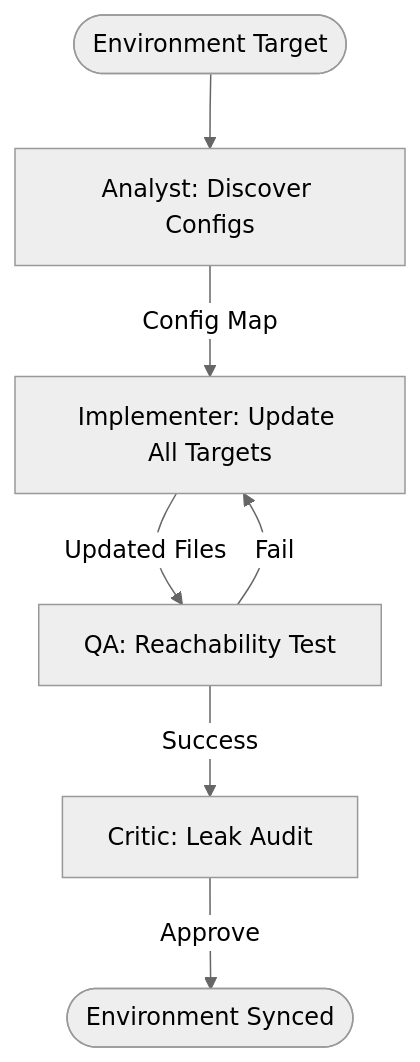
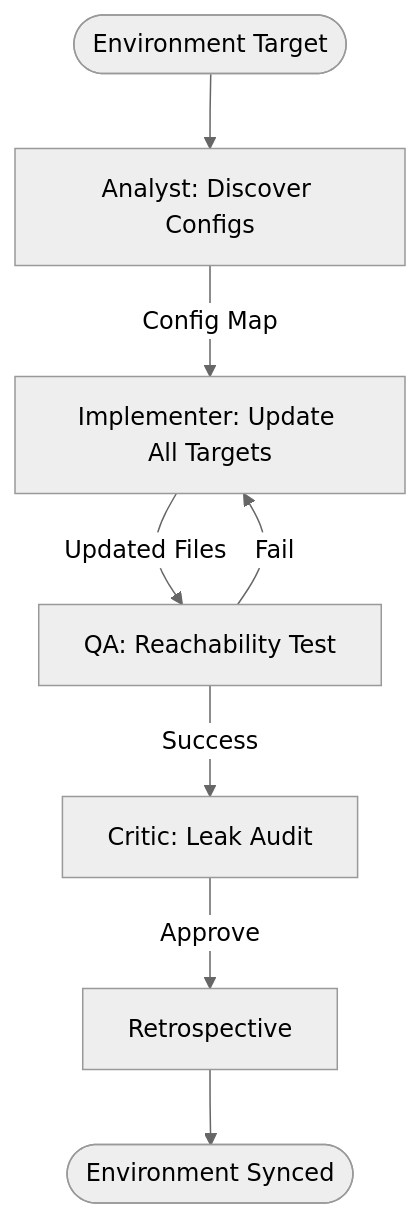
The diagram in custom-agents/workflows/core/EnvSync.workflow.md (seanspiesman/Agents-and-Workflows), drawn with Mermaid (neutral theme) before and after one commit. The commit also changed other lines of this file and 38 other files, not shown here.

````diff
--- a/custom-agents/workflows/core/EnvSync.workflow.md
+++ b/custom-agents/workflows/core/EnvSync.workflow.md
@@ -58,9 +66,10 @@
 ```mermaid
 flowchart TD
     Start([Environment Target]) --> P1[Analyst: Discover Configs]
     P1 -->|Config Map| P2[Implementer: Update All Targets]
     P2 -->|Updated Files| P3[QA: Reachability Test]
     P3 -->|Success| P4[Critic: Leak Audit]
     P3 -->|Fail| P2
-    P4 -->|Approve| End([Environment Synced])
+    P4 -->|Approve| P5[Retrospective]
+    P5 --> End([Environment Synced])
 ```
````
